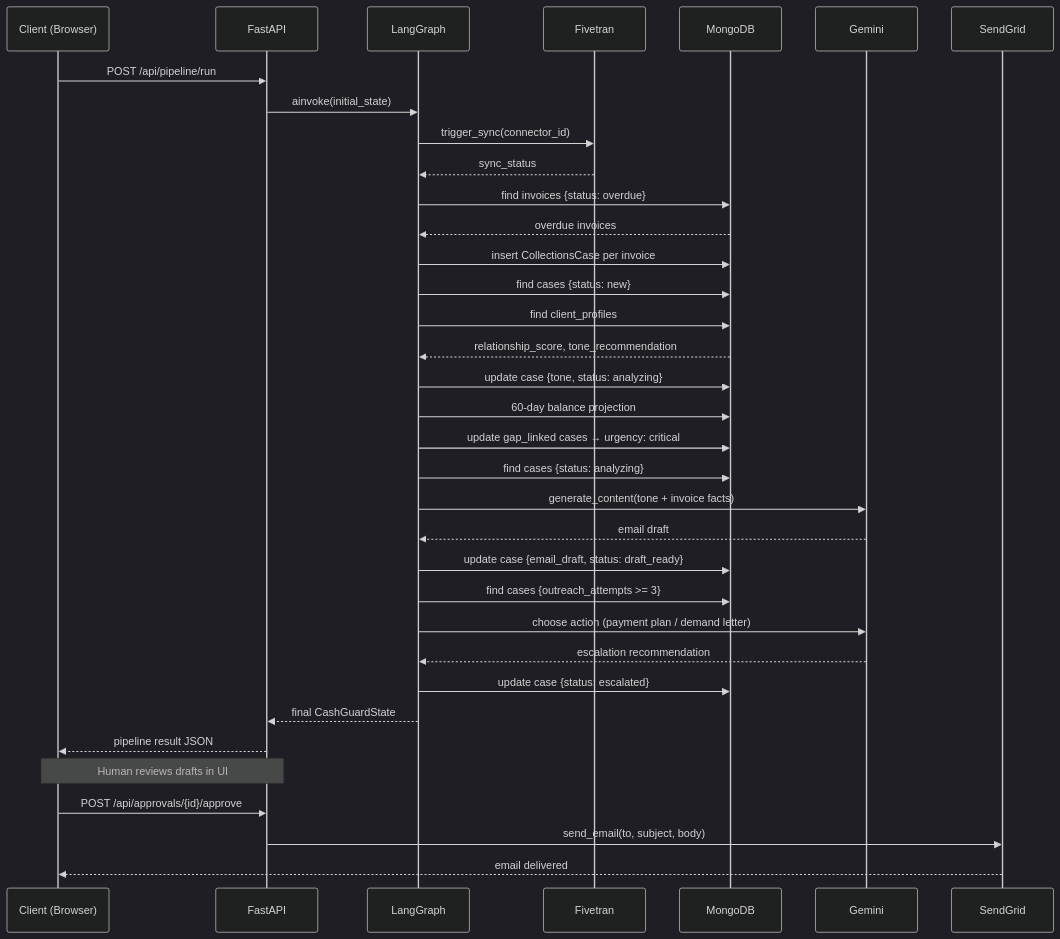
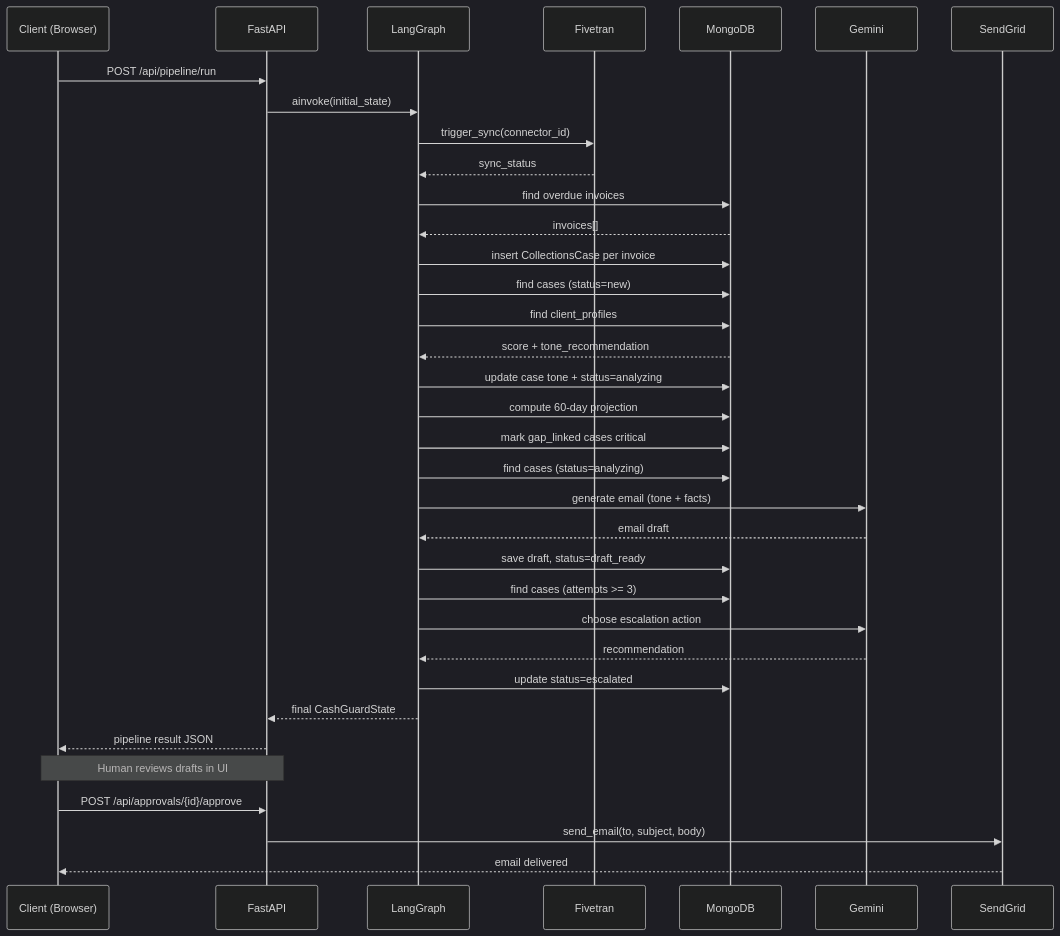
Before and after one commit to sivasundharam/cashguard: the second of 5 diagrams in README.md, drawn with Mermaid (dark theme). The commit also changed other lines of this file, not shown here.

Commit message:
docs: fix all Mermaid diagrams - use br tags and shorten sequence labels

````diff
--- a/README.md
+++ b/README.md
@@ -53,46 +53,46 @@
 ```mermaid
 sequenceDiagram
     participant C as Client (Browser)
     participant API as FastAPI
     participant LG as LangGraph
     participant FT as Fivetran
     participant MDB as MongoDB
     participant GEM as Gemini
     participant SG as SendGrid
 
     C->>API: POST /api/pipeline/run
     API->>LG: ainvoke(initial_state)
 
     LG->>FT: trigger_sync(connector_id)
     FT-->>LG: sync_status
 
-    LG->>MDB: find invoices {status: overdue}
-    MDB-->>LG: overdue invoices
+    LG->>MDB: find overdue invoices
+    MDB-->>LG: invoices[]
     LG->>MDB: insert CollectionsCase per invoice
 
-    LG->>MDB: find cases {status: new}
+    LG->>MDB: find cases (status=new)
     LG->>MDB: find client_profiles
-    MDB-->>LG: relationship_score, tone_recommendation
-    LG->>MDB: update case {tone, status: analyzing}
+    MDB-->>LG: score + tone_recommendation
+    LG->>MDB: update case tone + status=analyzing
 
-    LG->>MDB: 60-day balance projection
-    LG->>MDB: update gap_linked cases → urgency: critical
+    LG->>MDB: compute 60-day projection
+    LG->>MDB: mark gap_linked cases critical
 
-    LG->>MDB: find cases {status: analyzing}
-    LG->>GEM: generate_content(tone + invoice facts)
+    LG->>MDB: find cases (status=analyzing)
+    LG->>GEM: generate email (tone + facts)
     GEM-->>LG: email draft
-    LG->>MDB: update case {email_draft, status: draft_ready}
+    LG->>MDB: save draft, status=draft_ready
 
-    LG->>MDB: find cases {outreach_attempts >= 3}
-    LG->>GEM: choose action (payment plan / demand letter)
-    GEM-->>LG: escalation recommendation
-    LG->>MDB: update case {status: escalated}
+    LG->>MDB: find cases (attempts >= 3)
+    LG->>GEM: choose escalation action
+    GEM-->>LG: recommendation
+    LG->>MDB: update status=escalated
 
     LG-->>API: final CashGuardState
     API-->>C: pipeline result JSON
 
     Note over C,API: Human reviews drafts in UI
     C->>API: POST /api/approvals/{id}/approve
     API->>SG: send_email(to, subject, body)
     SG-->>C: email delivered
 ```
````
